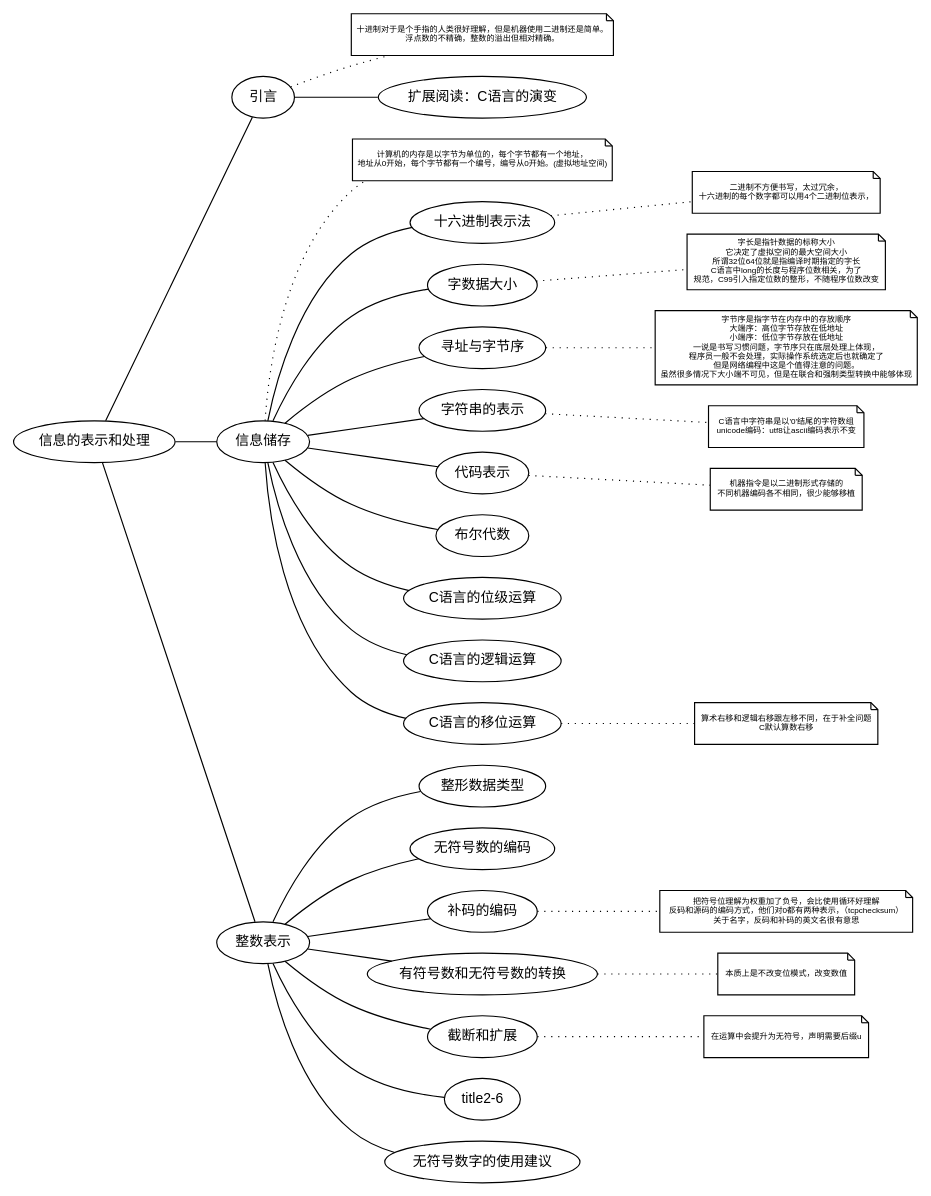
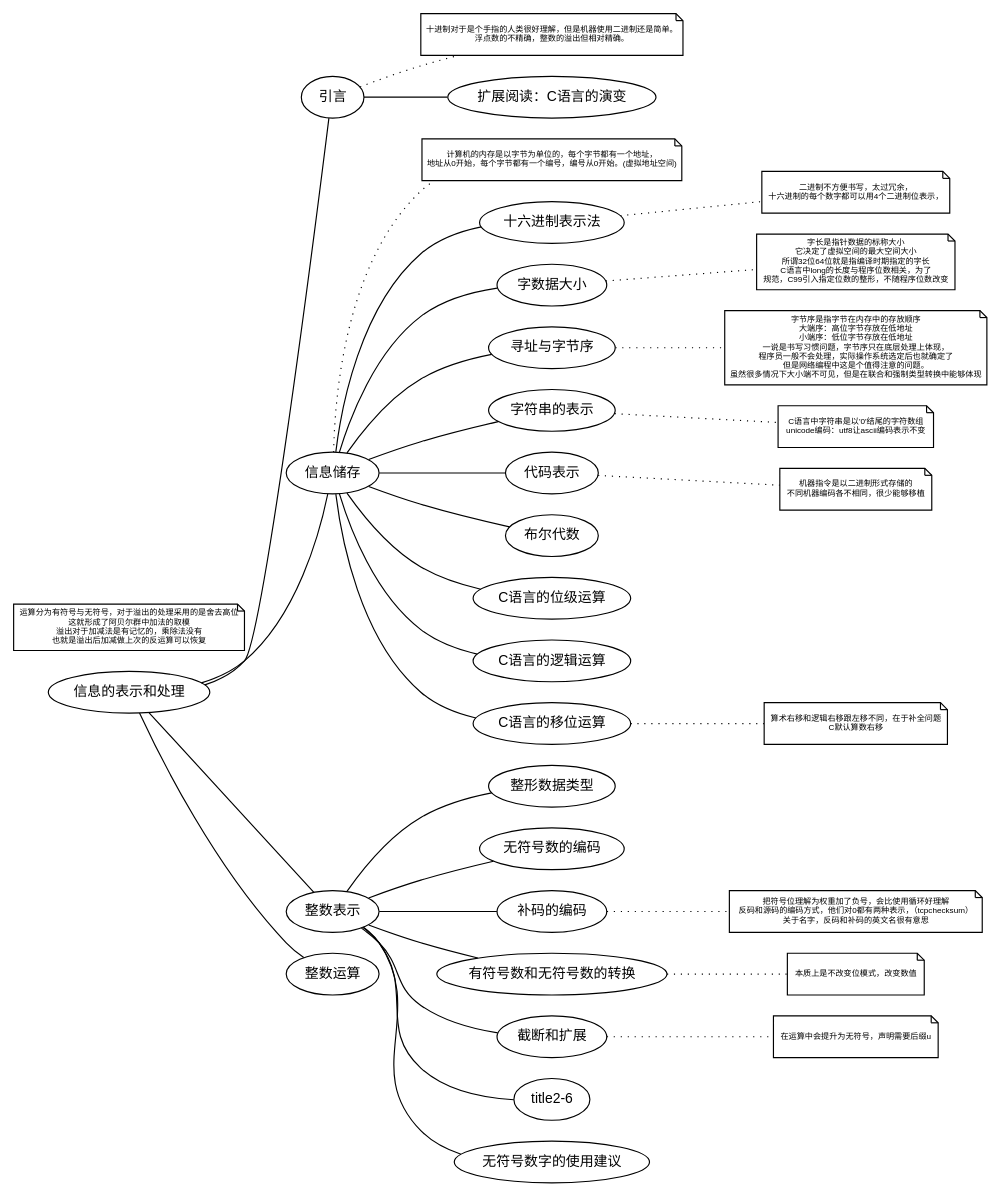
The diagram in docs/ReadingNotes/CSAPP/img/2-information-store-and-process.dot (InzamZ/Notes_Public), drawn with Graphviz before and after one commit.

Commit message:
docs: 更新CSAPP第二章思维导图

```diff
--- a/docs/ReadingNotes/CSAPP/img/2-information-store-and-process.dot
+++ b/docs/ReadingNotes/CSAPP/img/2-information-store-and-process.dot
@@ -1,74 +1,80 @@
 graph g {
     fontname="Helvetica,Arial,sans-serif"
     node [fontname="Helvetica,Arial,sans-serif"]
     edge [fontname="Helvetica,Arial,sans-serif"]
     rankdir="LR"
     node [fontsize=12, height=0.5]
     edge [arrowhead=none, weight=50,constraint=true,weight=1000]
     "title" [ label="信息的表示和处理"]
 
     "title0" [ label = "引言" ]
     "title" -- "title0" 
     "note0-1" [ label = "十进制对于是个手指的人类很好理解，但是机器使用二进制还是简单。\n浮点数的不精确，整数的溢出但相对精确。",shape=note,fontsize=7 ]
     "title0" -- "note0-1" [style=dotted]
     "title0-1" [ label = "扩展阅读：C语言的演变"]
     "title0" -- "title0-1"
 
     "title1" [ label = "信息储存" ]
     "title" -- "title1"
     "note1-1" [ label = "计算机的内存是以字节为单位的，每个字节都有一个地址，\n地址从0开始，每个字节都有一个编号，编号从0开始。(虚拟地址空间)",shape=note,fontsize=7 ]
     "title1" -- "note1-1" [style=dotted]
     "title1-1" [ label = "十六进制表示法" ]
     "title1" -- "title1-1"
     "note1-1-1" [ label = "二进制不方便书写，太过冗余，\n十六进制的每个数字都可以用4个二进制位表示，\n",shape=note,fontsize=7 ]
     "title1-1" -- "note1-1-1" [style=dotted]
     "title1-2" [ label = "字数据大小" ]
     "title1" -- "title1-2"
     "note1-2-1" [ label = "字长是指针数据的标称大小\n它决定了虚拟空间的最大空间大小\n所谓32位64位就是指编译时期指定的字长\nC语言中long的长度与程序位数相关，为了\n规范，C99引入指定位数的整形，不随程序位数改变",shape=note,fontsize=7 ]
     "title1-2" -- "note1-2-1" [style=dotted]
     "title1-3" [ label = "寻址与字节序" ]
     "title1" -- "title1-3"
     "note1-3-1" [ label = "字节序是指字节在内存中的存放顺序\n大端序：高位字节存放在低地址\n小端序：低位字节存放在低地址\n一说是书写习惯问题，字节序只在底层处理上体现，\n程序员一般不会处理，实际操作系统选定后也就确定了\n但是网络编程中这是个值得注意的问题。\n虽然很多情况下大小端不可见，但是在联合和强制类型转换中能够体现\n",shape=note,fontsize=7 ]
     "title1-3" -- "note1-3-1" [style=dotted]
     "title1-4" [ label = "字符串的表示" ]
     "title1" -- "title1-4"
     "note1-4-1" [ label = "C语言中字符串是以'\0'结尾的字符数组\nunicode编码：utf8让ascii编码表示不变",shape=note,fontsize=7 ]
     "title1-4" -- "note1-4-1" [style=dotted]
     "title1-5" [ label = "代码表示" ]
     "title1" -- "title1-5"
     "note1-5-1" [ label = "机器指令是以二进制形式存储的\n不同机器编码各不相同，很少能够移植",shape=note,fontsize=7 ]
     "title1-5" -- "note1-5-1" [style=dotted]
     "title1-6" [ label = "布尔代数" ]
     "title1" -- "title1-6"
     "title1-7" [ label = "C语言的位级运算" ]
     "title1" -- "title1-7"
     "title1-8" [ label = "C语言的逻辑运算" ]
     "title1" -- "title1-8"
     "title1-9" [ label = "C语言的移位运算" ]
     "title1" -- "title1-9"
     "note1-9-1" [ label = "算术右移和逻辑右移跟左移不同，在于补全问题\nC默认算数右移",shape=note,fontsize=7 ]
     "title1-9" -- "note1-9-1" [style=dotted]
 
     "title2" [ label = "整数表示" ]
     "title" -- "title2"
     "title2-1" [ label = "整形数据类型" ]
     "title2" -- "title2-1"
     "title2-2" [ label = "无符号数的编码" ]
     "title2" -- "title2-2"
     "title2-3" [ label = "补码的编码" ]
     "title2" -- "title2-3"
     "note2-3-1" [ label = "把符号位理解为权重加了负号，会比使用循环好理解\n反码和源码的编码方式，他们对0都有两种表示，（tcpchecksum）\n关于名字，反码和补码的英文名很有意思",shape=note,fontsize=7 ]
     "title2-3" -- "note2-3-1" [style=dotted]
     "title2-4" [ label = "有符号数和无符号数的转换" ]
     "title2" -- "title2-4"
     "note2-4-1" [ label = "本质上是不改变位模式，改变数值",shape=note,fontsize=7 ]
     "title2-4" -- "note2-4-1" [style=dotted]
     "title2-5" [ label = "C中的有符号数和无符号数" ]
     "title2" -- "title2-5"
     "note2-5-1" [ label = "在运算中会提升为无符号，声明需要后缀u\n",shape=note,fontsize=7 ]
     "title2-5" -- "note2-5-1" [style=dotted]
     "title2-5" [ label = "截断和扩展" ]
     "title2" -- "title2-6"
     "title2-7" [ label = "无符号数字的使用建议" ]
     "title2" -- "title2-7"
+
+    "title3" [ label = "整数运算" ]
+    "title" -- "title3"
+    "note3-1" [ label = "运算分为有符号与无符号，对于溢出的处理采用的是舍去高位\n这就形成了阿贝尔群中加法的取模\n溢出对于加减法是有记忆的，乘除法没有\n也就是溢出后加减做上次的反运算可以恢复",shape=note,fontsize=7 ]
+
+    
 }
```
